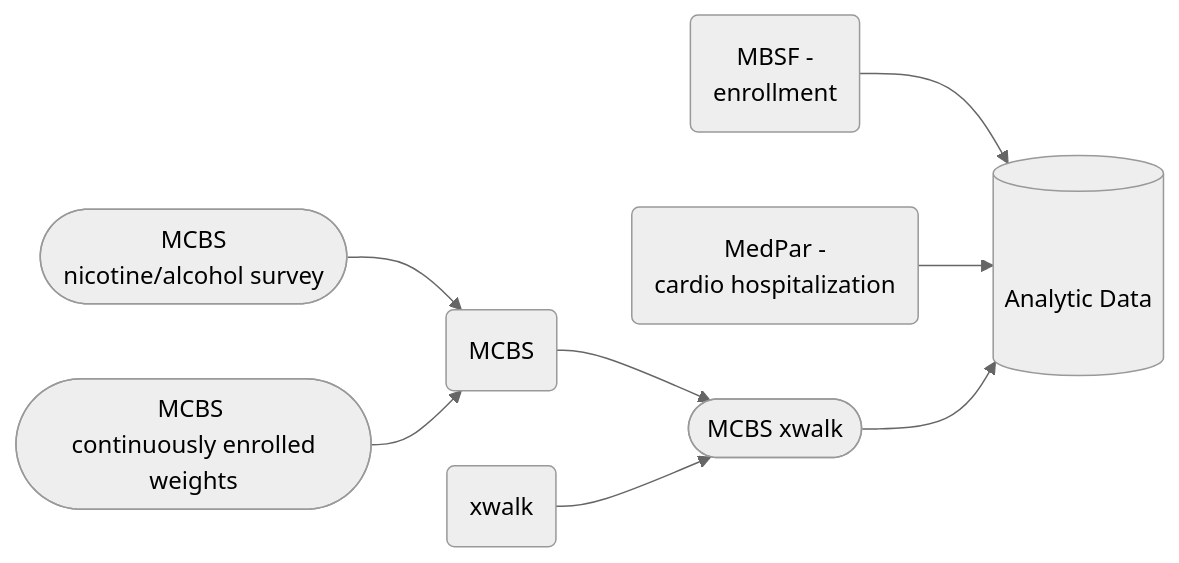
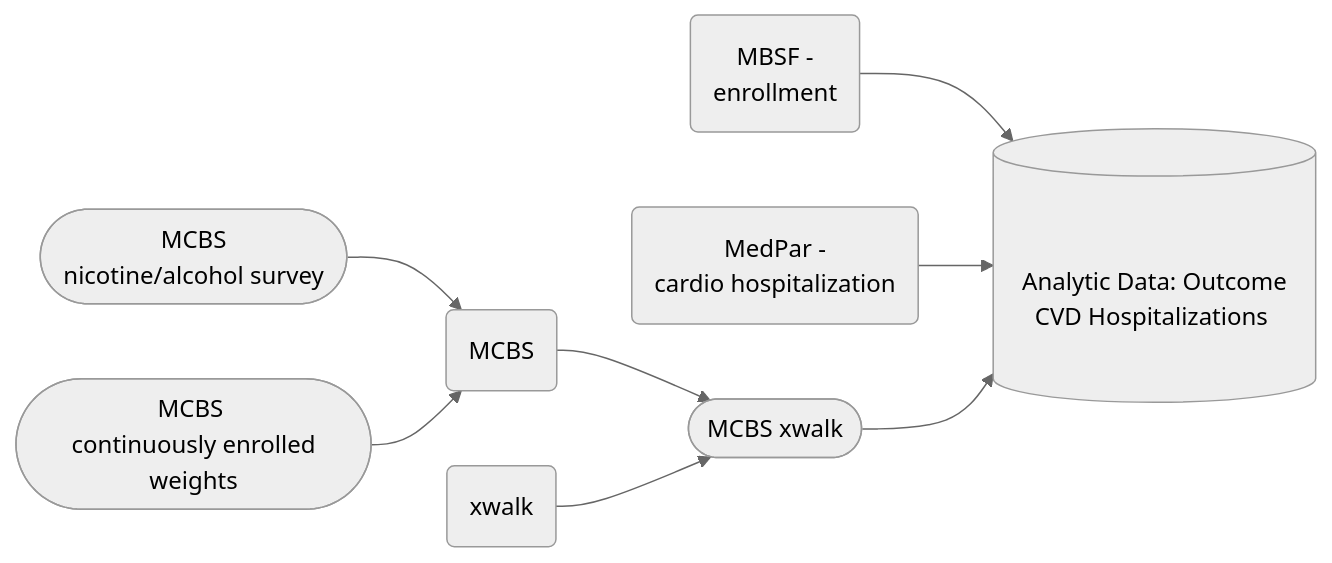
The second of 4 diagrams in README.md (NSAPH-Projects/mcbs-mbsf-exploratory), drawn with Mermaid (neutral theme) before and after one commit. The commit also changed other lines of this file, not shown here.

````diff
--- a/README.md
+++ b/README.md
@@ -6,17 +29,17 @@
 ```mermaid
 flowchart LR
     %% creating nodes
     id1([MCBS xwalk])
     
     %% linking nodes
     
     id2(MCBS)-->id1
     id3(xwalk)-->id1
     id4(MBSF -\n enrollment)-->id7
     id5(MedPar -\n cardio hospitalization)-->id7
     id8([MCBS \n nicotine/alcohol survey])-->id2
     id9([MCBS \n continuously enrolled weights])-->id2
     
     %% integration to warehouse
-    id1-->id7[(\n\n Analytic Data \n\n)]
+    id1-->id7[(\n\n Analytic Data: Outcome CVD Hospitalizations \n\n)]
 ```
````
